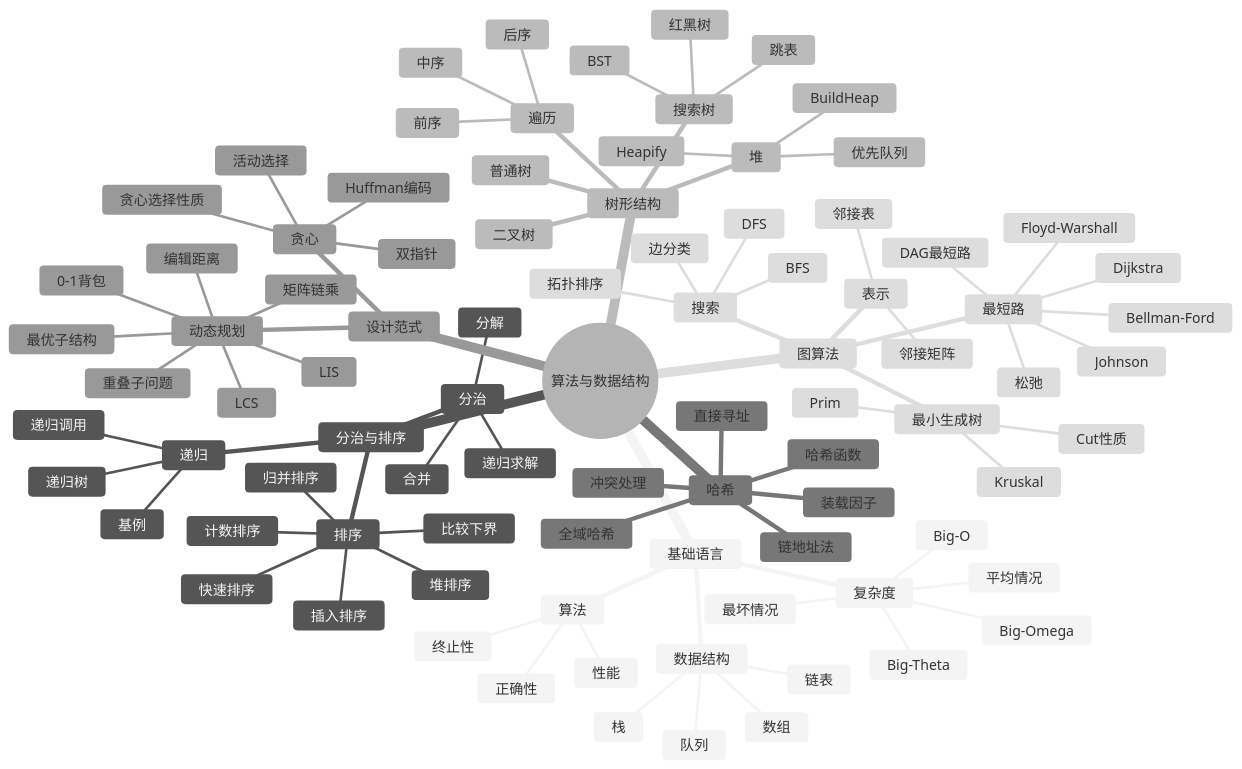
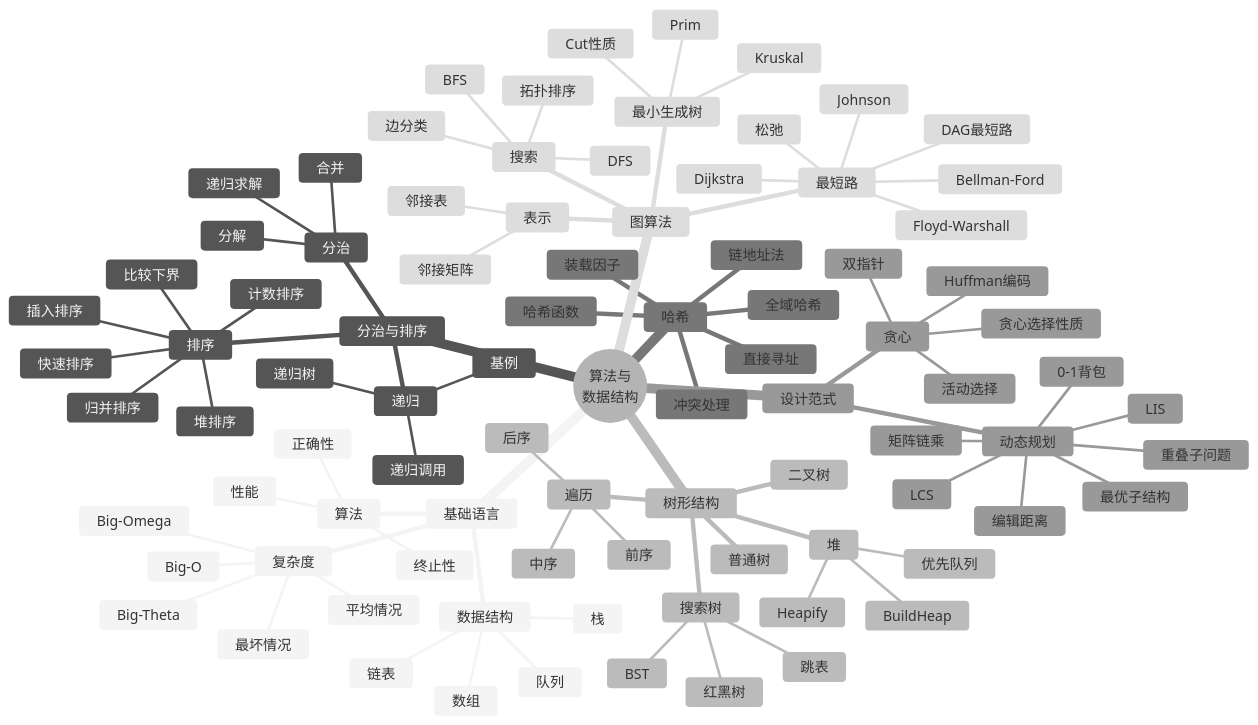
The diagram in 算法与数据结构/README.md (hadanice/OpenDS), drawn with Mermaid (neutral theme) before and after one commit.

````diff
--- a/算法与数据结构/README.md
+++ b/算法与数据结构/README.md
@@ -23,6 +23,7 @@
 ```mermaid
 mindmap
-  root((算法与数据结构))
+  root((算法与
+  数据结构))
     基础语言
       数据结构
         数组
````
